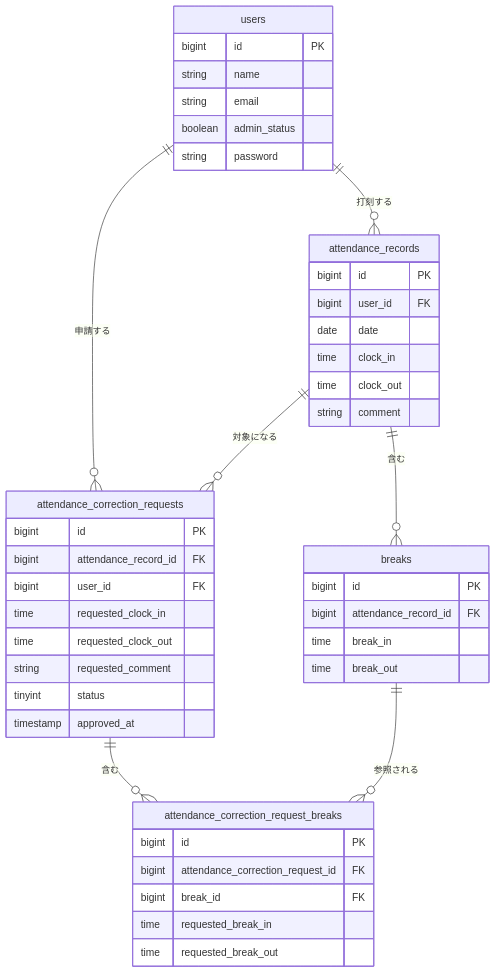
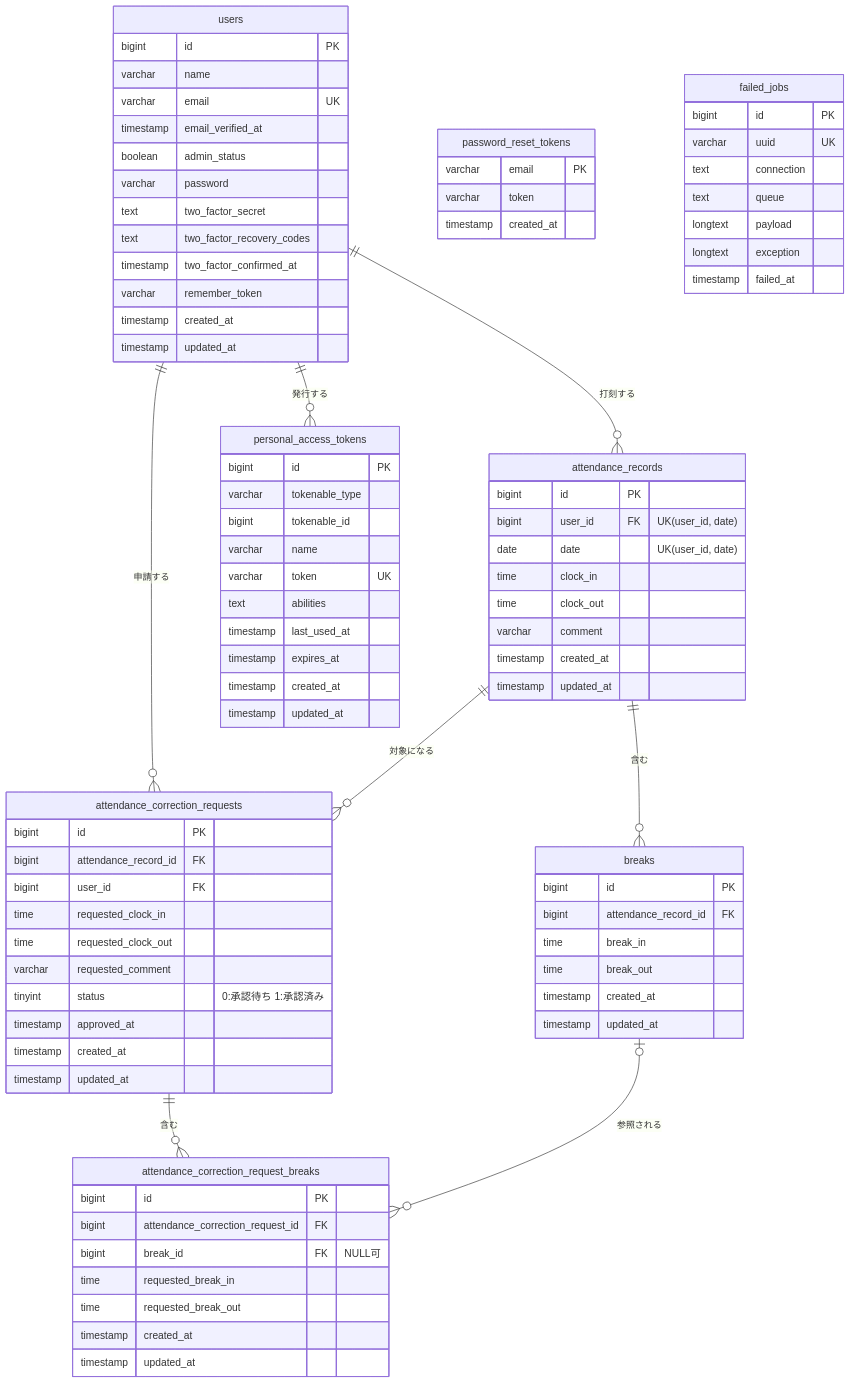
One commit to anmerutu3203/attendance-app changed the diagram in README.md. Above: the diagram before and after it, drawn with Mermaid.

Commit message:
docs: READMEのER図をテーブル仕様書に合わせる
- 全8テーブル（personal_access_tokens・password_reset_tokens・failed_jobs を含む）と
  全カラムを記載
- 型の表記をマイグレーションに合わせて varchar 等に変更し、UK・NULL可などの制約を追記
- break_id は NULL 可のため、breaks 側のカーディナリティを |o（0または1）に修正

Refs #50

````diff
--- a/README.md
+++ b/README.md
@@ -29,28 +29,40 @@
     attendance_records ||--o{ breaks : "含む"
     attendance_records ||--o{ attendance_correction_requests : "対象になる"
     attendance_correction_requests ||--o{ attendance_correction_request_breaks : "含む"
-    breaks ||--o{ attendance_correction_request_breaks : "参照される"
+    breaks |o--o{ attendance_correction_request_breaks : "参照される"
+    users ||--o{ personal_access_tokens : "発行する"
 
     users {
         bigint id PK
-        string name
-        string email
+        varchar name
+        varchar email UK
+        timestamp email_verified_at
         boolean admin_status
-        string password
+        varchar password
+        text two_factor_secret
+        text two_factor_recovery_codes
+        timestamp two_factor_confirmed_at
+        varchar remember_token
+        timestamp created_at
+        timestamp updated_at
     }
     attendance_records {
         bigint id PK
-        bigint user_id FK
-        date date
+        bigint user_id FK "UK(user_id, date)"
+        date date "UK(user_id, date)"
         time clock_in
         time clock_out
-        string comment
+        varchar comment
+        timestamp created_at
+        timestamp updated_at
     }
     breaks {
         bigint id PK
         bigint attendance_record_id FK
         time break_in
         time break_out
+        timestamp created_at
+        timestamp updated_at
     }
     attendance_correction_requests {
         bigint id PK
@@ -58,15 +70,45 @@
         bigint user_id FK
         time requested_clock_in
         time requested_clock_out
-        string requested_comment
-        tinyint status
+        varchar requested_comment
+        tinyint status "0:承認待ち 1:承認済み"
         timestamp approved_at
+        timestamp created_at
+        timestamp updated_at
     }
     attendance_correction_request_breaks {
         bigint id PK
         bigint attendance_correction_request_id FK
-        bigint break_id FK
+        bigint break_id FK "NULL可"
         time requested_break_in
         time requested_break_out
+        timestamp created_at
+        timestamp updated_at
+    }
+    personal_access_tokens {
+        bigint id PK
+        varchar tokenable_type
+        bigint tokenable_id
+        varchar name
+        varchar token UK
+        text abilities
+        timestamp last_used_at
+        timestamp expires_at
+        timestamp created_at
+        timestamp updated_at
+    }
+    password_reset_tokens {
+        varchar email PK
+        varchar token
+        timestamp created_at
+    }
+    failed_jobs {
+        bigint id PK
+        varchar uuid UK
+        text connection
+        text queue
+        longtext payload
+        longtext exception
+        timestamp failed_at
     }
 ```
````
